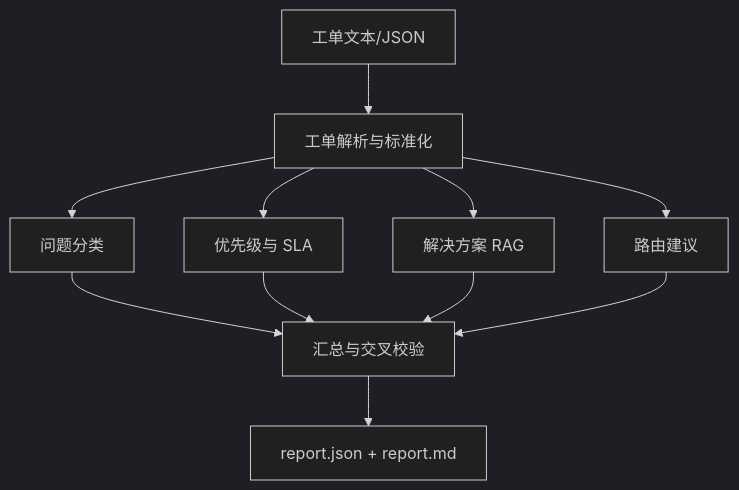
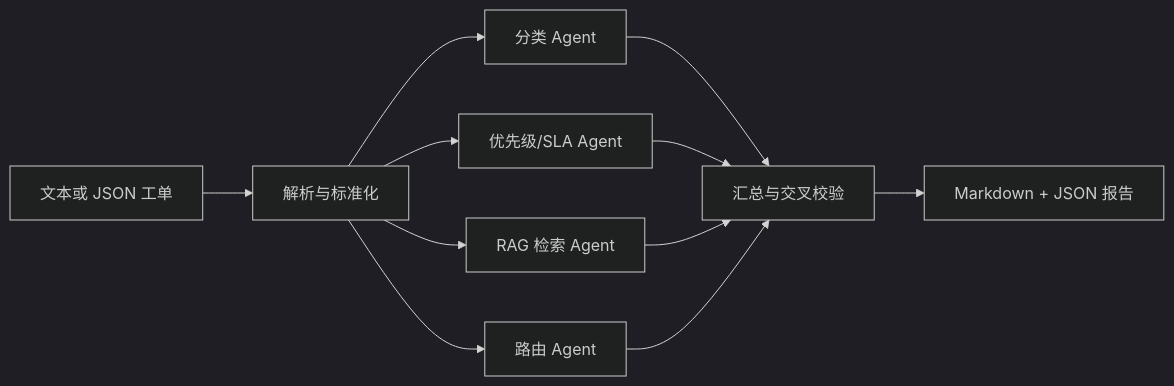
Before and after one commit to moliu64/IT-Helpdesk-: the diagram in README.md, drawn with Mermaid (dark theme). The commit also changed other lines of this file and 12 other files, not shown here.

````diff
--- a/README.md
+++ b/README.md
@@ -7,13 +23,13 @@
 ```mermaid
-flowchart TD
-    A[工单文本/JSON] --> B[工单解析与标准化]
-    B --> C1[问题分类]
-    B --> C2[优先级与 SLA]
-    B --> C3[解决方案 RAG]
-    B --> C4[路由建议]
+flowchart LR
+    A[文本或 JSON 工单] --> B[解析与标准化]
+    B --> C1[分类 Agent]
+    B --> C2[优先级/SLA Agent]
+    B --> C3[RAG 检索 Agent]
+    B --> C4[路由 Agent]
     C1 --> D[汇总与交叉校验]
     C2 --> D
     C3 --> D
     C4 --> D
-    D --> E[report.json + report.md]
+    D --> E[Markdown + JSON 报告]
 ```
````
